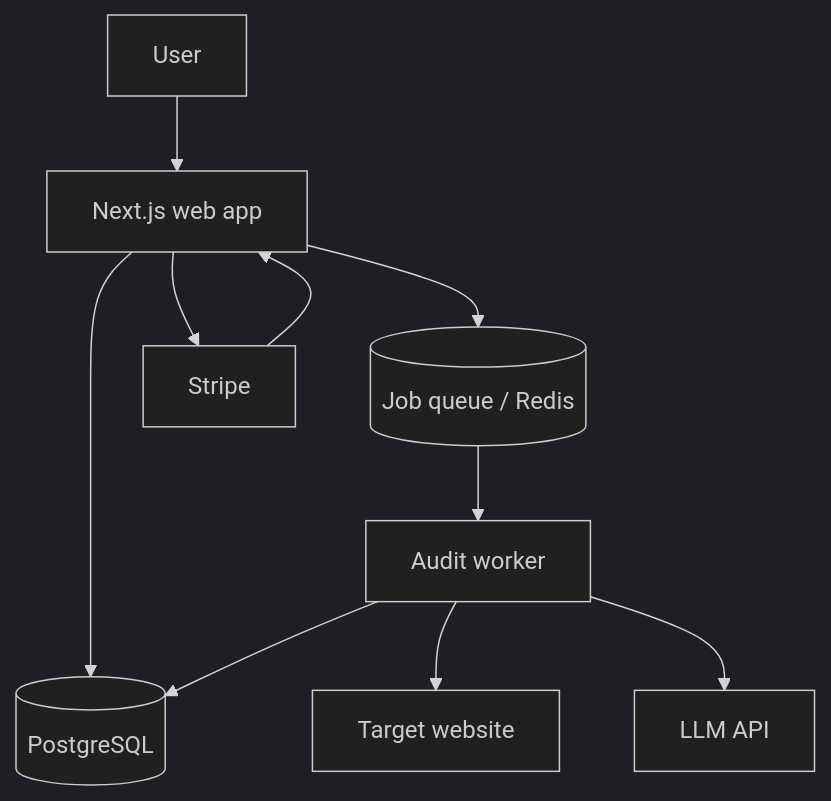
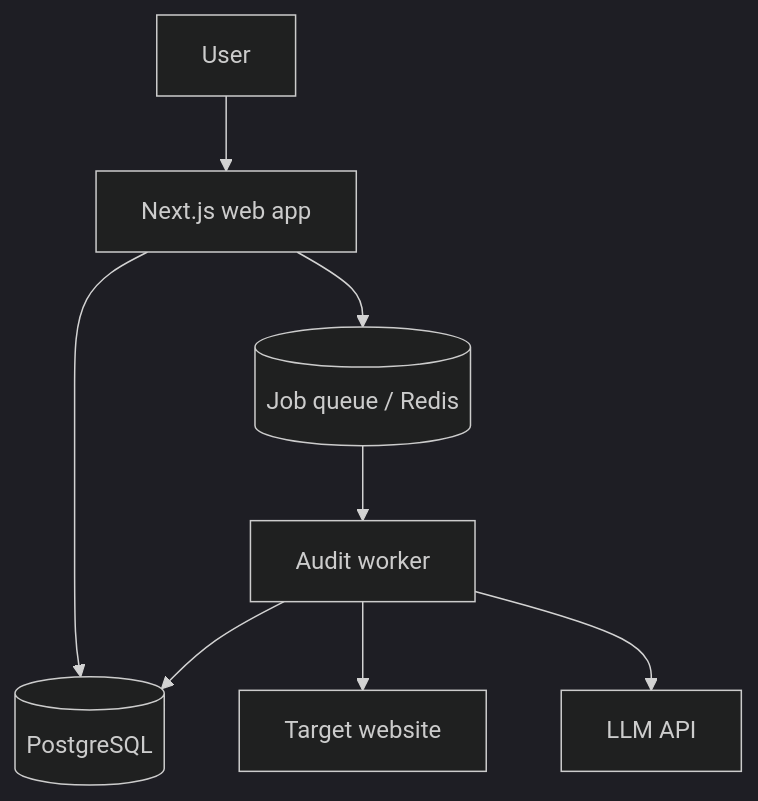
Before and after one commit to Luxion07/sitegap-ai: the ninth of 10 diagrams in docs/ARCHITECTURE.md, drawn with Mermaid (dark theme). The commit also changed other lines of this file and 15 other files, not shown here.

````diff
--- a/docs/ARCHITECTURE.md
+++ b/docs/ARCHITECTURE.md
@@ -315,22 +256,19 @@
 ```mermaid
 flowchart TB
   User[User]
   Web[Next.js web app]
   Queue[(Job queue / Redis)]
   Worker[Audit worker]
   DB[(PostgreSQL)]
   LLM[LLM API]
   Website[Target website]
-  Stripe[Stripe]
 
   User --> Web
   Web --> DB
   Web --> Queue
-  Web --> Stripe
-  Stripe --> Web
 
   Queue --> Worker
   Worker --> Website
   Worker --> LLM
   Worker --> DB
 ```
````
